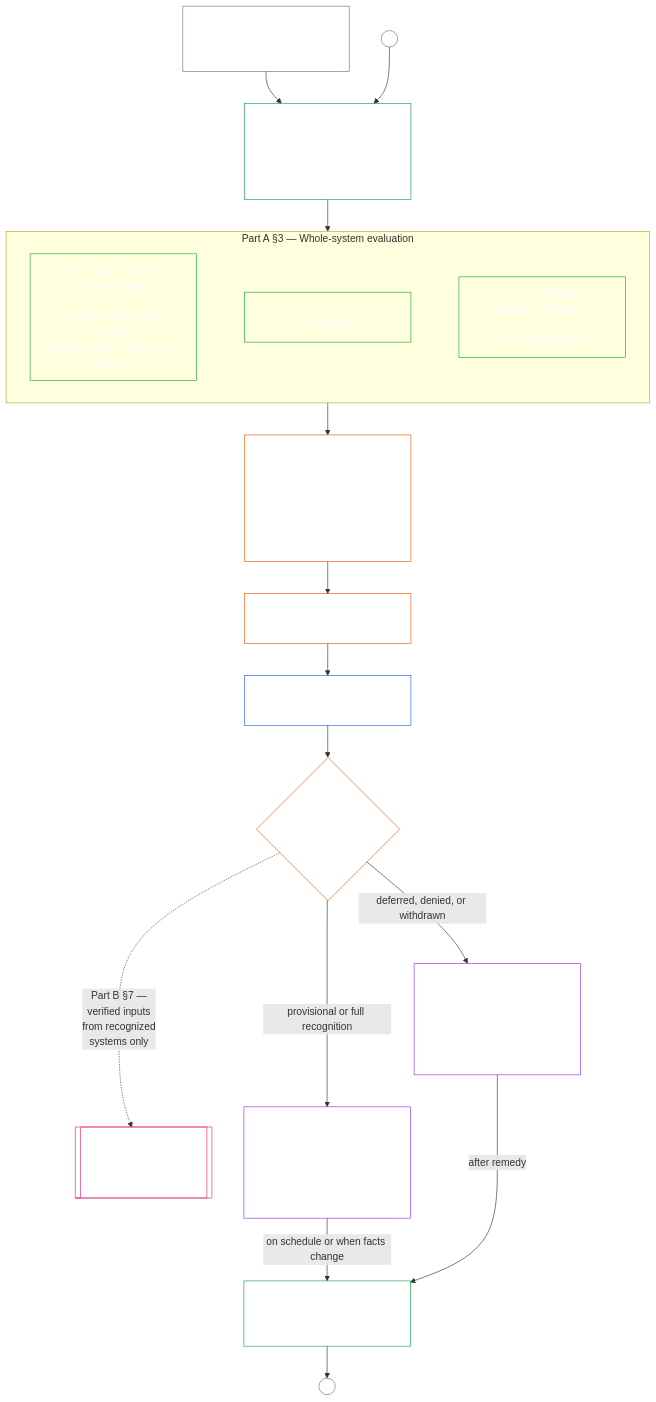
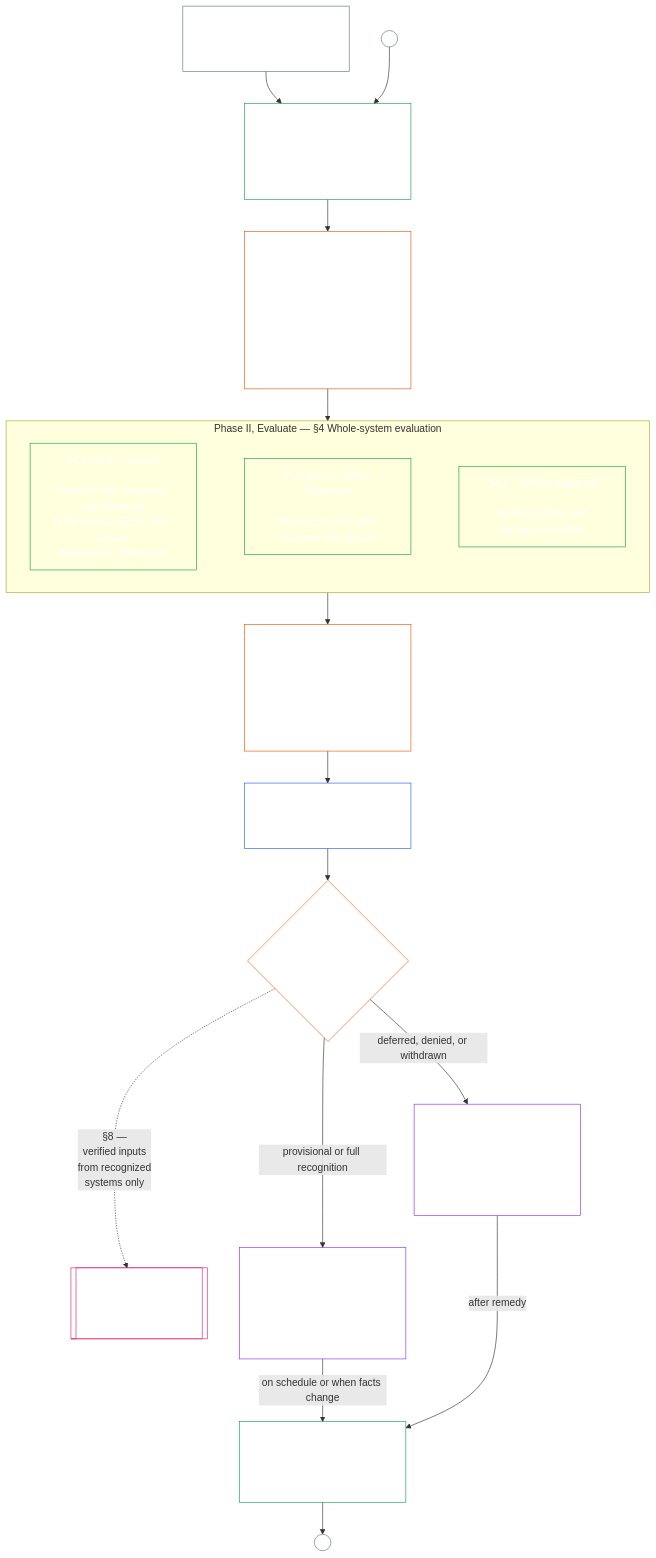
Before and after one commit to kfoelsch/Sentient_Constitution: the diagram in core_08_a_system_alignment_certification_evaluation.md, drawn with Mermaid. The commit also changed other lines of this file and 315 other files, not shown here.

````diff
--- a/core_08_a_system_alignment_certification_evaluation.md
+++ b/core_08_a_system_alignment_certification_evaluation.md
@@ -68,51 +69,51 @@
 ```mermaid
 flowchart TB
     T["System with material impact seeks recognition,<br/>or reliance on it grows"]
-    C["Part A §2 — Classify honestly<br/><br/>Class sets depth and re-check schedule"]
-    subgraph W["Part A §3 — Whole-system evaluation"]
+    C["Phase I, Frame — §2<br/>Classify honestly<br/><br/>Class sets depth and re-check schedule"]
+    Ch["Phase I, Frame — §3<br/>Open the challenge path<br/><br/>As soon as the system has stakeholders, and<br/>named in the record before any sign-off;<br/>a credible challenge reopens review at §7.2"]
+    subgraph W["Phase II, Evaluate — §4 Whole-system evaluation"]
         direction LR
-        Rk["§3.1–§3.7 — Whole-system factors<br/><br/>Includes systemic risk: evaluated,<br/>and disclosed to those who need it"]
-        D["§3.7 — Data types and handling"]
-        R["§3.8 — Rights-Floor and domain evaluations<br/><br/>Only where triggered"]
-        Rk ~~~ D ~~~ R
+        Al["§4.1–§4.4 — Always<br/><br/>Systemic risk: evaluated, and disclosed<br/>to those who need it; time horizon;<br/>governance; data types"]
+        Im["§4.5–§4.7 — When implicated<br/><br/>Privacy loci, exit rights,<br/>assembly and dissent"]
+        Tr["§4.8 — When triggered<br/><br/>Six Rights-Floor and domain evaluations"]
+        Al ~~~ Im ~~~ Tr
     end
-    F["Part B §5.1–§5.2 — Forum component findings"]
-    Rec["Part B §4 — One System Certification Record"]
+    F["Phase III, Review — §5<br/>Forum component findings<br/><br/>Roles, then supervisory sequence;<br/>the contestability chain runs alongside"]
+    Rec["Phase IV, Record — §6<br/>One System Certification Record"]
     S[["Chapter Nine — Standing<br/>records<br/><br/>Outside this chapter"]]
-    O{"Part B §6.1 — Outcome"}
-    Ch["Part B §5.3 — Published challenge path<br/><br/>Open and named in the record before sign-off;<br/>a credible challenge reopens review at §6.2"]
+    O{"Phase V, Decide — §7.1<br/>Outcome"}
     U["Reliance within stated limits<br/><br/>Provisional: shorter recertification clock<br/>Full: longer clock, earned only by clean recertification"]
     X["Remedy the defects<br/><br/>Response runs on the Chapter Twelve tier clocks<br/>Next recognition is provisional"]
-    Re["Part B §6.2 — Recertification, reopening,<br/>or fresh review"]
+    Re["Phase V, Keep current — §7.2<br/>Recertification, reopening,<br/>or fresh review"]
     T --> C
     A1((A)) --> C
-    C --> W
-    W --> Ch
-    Ch --> F
+    C --> Ch
+    Ch --> W
+    W --> F
     F --> Rec
     Rec --> O
-    O -..->|Part B §7 —<br/>verified inputs<br/>from recognized<br/>systems only| S
+    O -..->|§8 —<br/>verified inputs<br/>from recognized<br/>systems only| S
     O -->|provisional or full recognition| U
     O -->|deferred, denied, or withdrawn| X
     S ~~~ Re
     Rec ~~~ S
     Rec ~~~ X
     U -->|on schedule or when facts change| Re
     X -->|after remedy| Re
     Re --> A2((A))
     style T fill:none,stroke:#64748b,color:#ffffff
     style C fill:none,stroke:#16a34a,color:#ffffff
-    style Rk fill:none,stroke:#16a34a,color:#ffffff
-    style D fill:none,stroke:#16a34a,color:#ffffff
-    style R fill:none,stroke:#16a34a,color:#ffffff
+    style Ch fill:none,stroke:#ea580c,color:#ffffff
+    style Al fill:none,stroke:#16a34a,color:#ffffff
+    style Im fill:none,stroke:#16a34a,color:#ffffff
+    style Tr fill:none,stroke:#16a34a,color:#ffffff
     style F fill:none,stroke:#ea580c,color:#ffffff
     style Rec fill:none,stroke:#2563eb,color:#ffffff
     style S fill:none,stroke:#db2777,color:#ffffff
     style O fill:none,stroke:#ea580c,color:#ffffff
-    style Ch fill:none,stroke:#ea580c,color:#ffffff
     style U fill:none,stroke:#9333ea,color:#ffffff
     style X fill:none,stroke:#9333ea,color:#ffffff
     style Re fill:none,stroke:#16a34a,color:#ffffff
     style A1 fill:none,stroke:#64748b,color:#ffffff
     style A2 fill:none,stroke:#64748b,color:#ffffff
 ```
````
